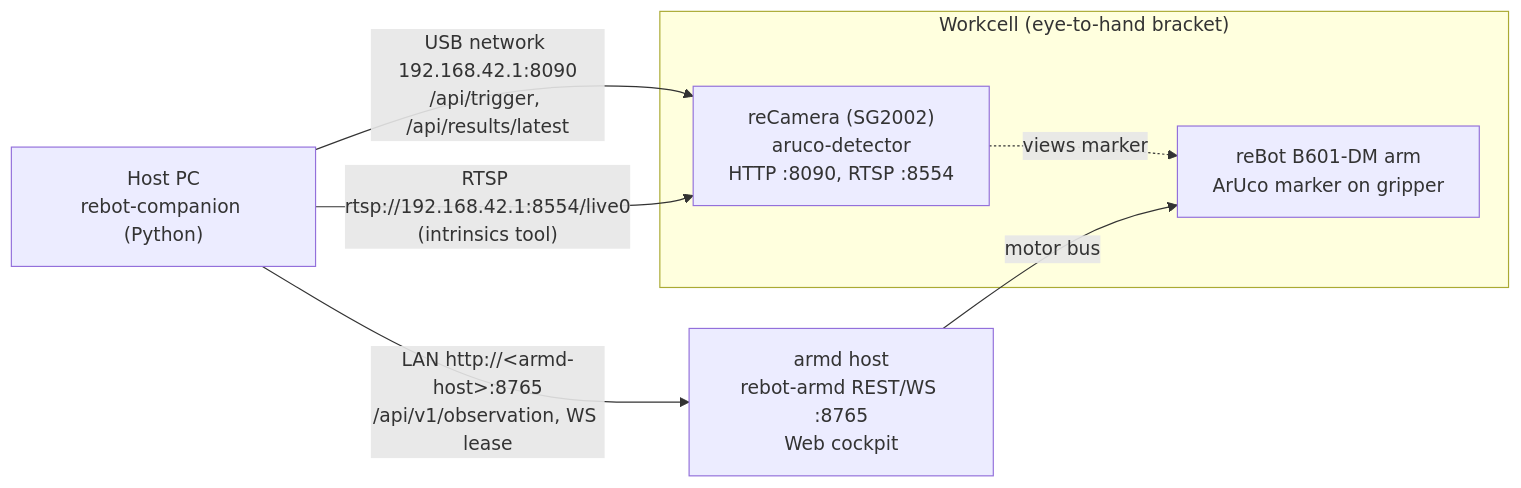
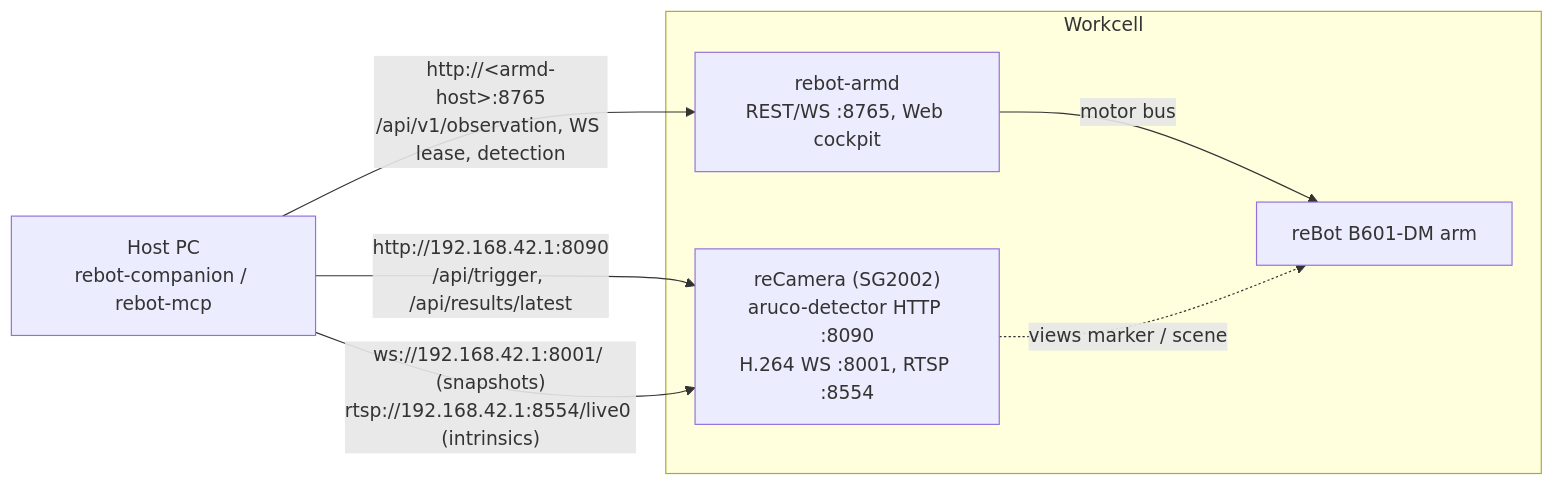
Before and after one commit to Seeed-Solution/rebot-companion: the diagram in README.md, drawn with Mermaid. The commit also changed other lines of this file and 1 other file, not shown here.

````diff
--- a/README.md
+++ b/README.md
@@ -114,14 +180,14 @@
 ```mermaid
 flowchart LR
-    subgraph Bench["Workcell (eye-to-hand bracket)"]
-        CAM["reCamera (SG2002)<br/>aruco-detector<br/>HTTP :8090, RTSP :8554"]
-        ARM["reBot B601-DM arm<br/>ArUco marker on gripper"]
+    subgraph Bench["Workcell"]
+        CAM["reCamera (SG2002)<br/>aruco-detector HTTP :8090<br/>H.264 WS :8001, RTSP :8554"]
+        ARMD["rebot-armd<br/>REST/WS :8765, Web cockpit"]
+        ARM["reBot B601-DM arm"]
     end
-    HOST["armd host<br/>rebot-armd REST/WS :8765<br/>Web cockpit"]
-    PC["Host PC<br/>rebot-companion (Python)"]
-    CAM -. "views marker" .-> ARM
-    HOST -- "motor bus" --> ARM
-    PC -- "USB network 192.168.42.1:8090<br/>/api/trigger, /api/results/latest" --> CAM
-    PC -- "RTSP rtsp://192.168.42.1:8554/live0<br/>(intrinsics tool)" --> CAM
-    PC -- "LAN http://&lt;armd-host&gt;:8765<br/>/api/v1/observation, WS lease" --> HOST
+    PC["Host PC<br/>rebot-companion / rebot-mcp"]
+    ARMD -- "motor bus" --> ARM
+    CAM -. "views marker / scene" .-> ARM
+    PC -- "http://192.168.42.1:8090<br/>/api/trigger, /api/results/latest" --> CAM
+    PC -- "ws://192.168.42.1:8001/ (snapshots)<br/>rtsp://192.168.42.1:8554/live0 (intrinsics)" --> CAM
+    PC -- "http://&lt;armd-host&gt;:8765<br/>/api/v1/observation, WS lease, detection" --> ARMD
 ```
````
